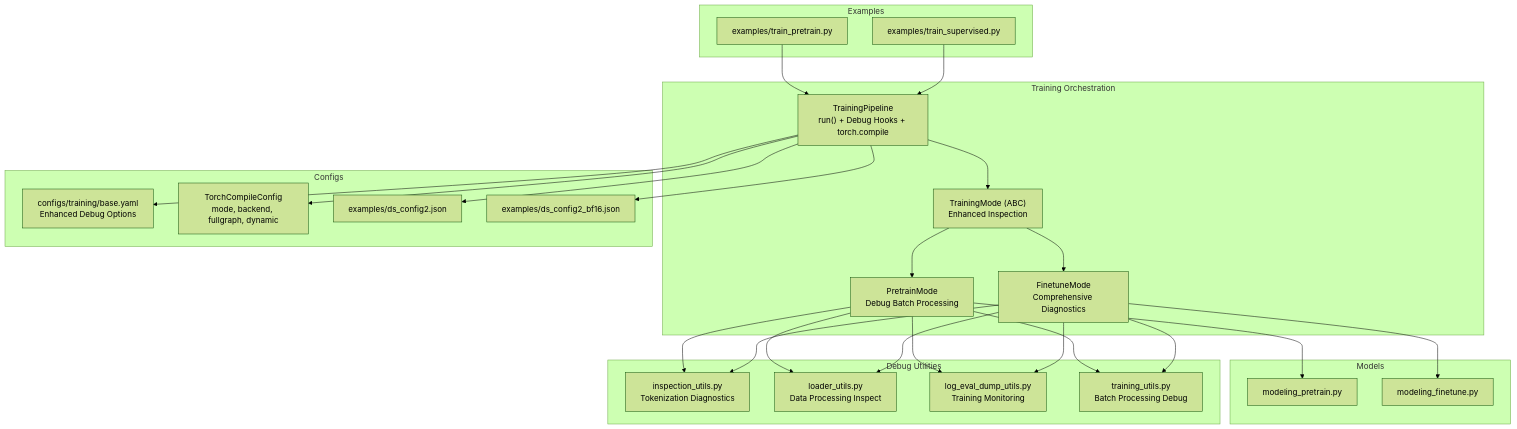
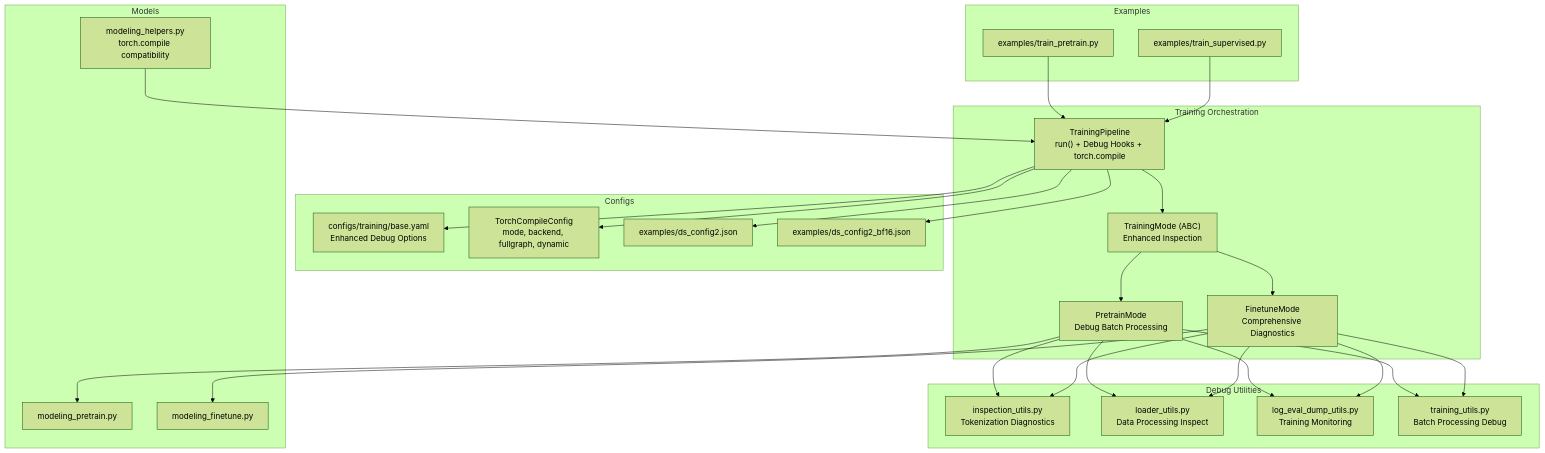
Before and after one commit to alibaba/graph-gpt: the first of 8 diagrams in .qoder/repowiki/en/content/Training Pipeline/Training Pipeline.md, drawn with Mermaid (forest theme). The commit also changed other lines of this file and 7 other files, not shown here.

````diff
--- a/.qoder/repowiki/en/content/Training Pipeline/Training Pipeline.md
+++ b/.qoder/repowiki/en/content/Training Pipeline/Training Pipeline.md
@@ -58,48 +60,50 @@
 ```mermaid
 graph TB
 subgraph "Training Orchestration"
 TP["TrainingPipeline<br/>run() + Debug Hooks + torch.compile"]
 TM["TrainingMode (ABC)<br/>Enhanced Inspection"]
 PTM["PretrainMode<br/>Debug Batch Processing"]
 FTM["FinetuneMode<br/>Comprehensive Diagnostics"]
 end
 subgraph "Examples"
 EP["examples/train_pretrain.py"]
 ES["examples/train_supervised.py"]
 end
 subgraph "Configs"
 CFG["configs/training/base.yaml<br/>Enhanced Debug Options"]
 TCC["TorchCompileConfig<br/>mode, backend, fullgraph, dynamic"]
 DS2["examples/ds_config2.json"]
 DS2BF16["examples/ds_config2_bf16.json"]
 end
 subgraph "Models"
 MP["modeling_pretrain.py"]
 MF["modeling_finetune.py"]
+MH["modeling_helpers.py<br/>torch.compile compatibility"]
 end
 subgraph "Debug Utilities"
 IU["inspection_utils.py<br/>Tokenization Diagnostics"]
 LU["loader_utils.py<br/>Data Processing Inspect"]
 LEDU["log_eval_dump_utils.py<br/>Training Monitoring"]
 TU["training_utils.py<br/>Batch Processing Debug"]
 end
 EP --> TP
 ES --> TP
 TP --> TM
 TM --> PTM
 TM --> FTM
 TP --> CFG
 TP --> TCC
 TP --> DS2
 TP --> DS2BF16
 PTM --> MP
 FTM --> MF
 PTM --> IU
 FTM --> IU
 PTM --> LU
 FTM --> LU
 PTM --> LEDU
 FTM --> LEDU
 PTM --> TU
 FTM --> TU
+MH --> TP
 ```
````
